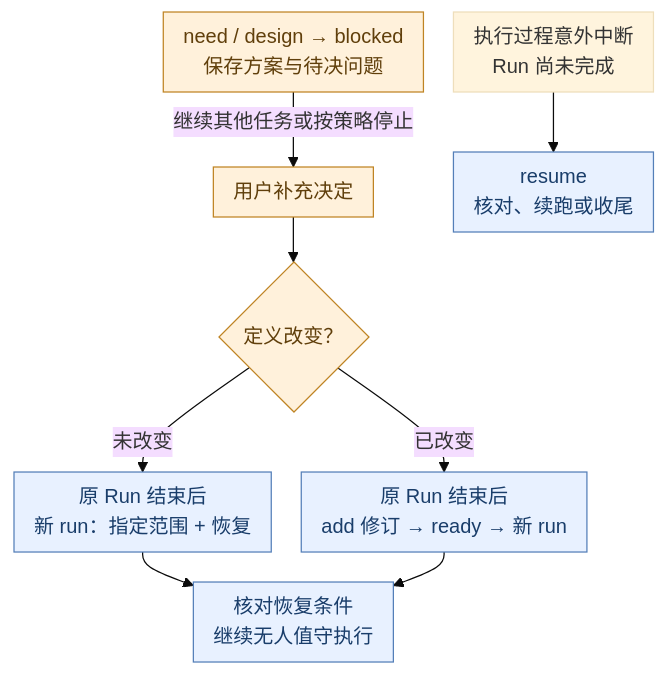
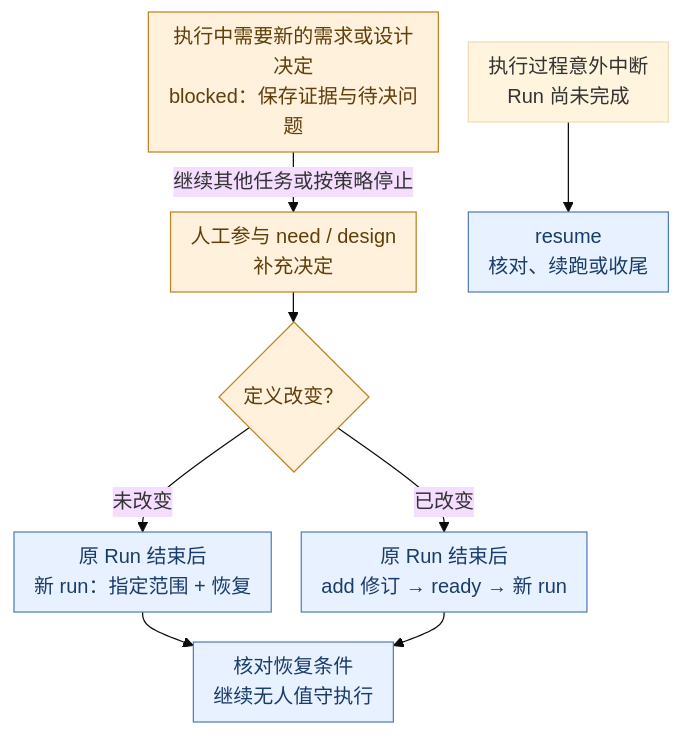
Before and after one commit to yuzio-ai/skills: the third of 4 diagrams in README.zh-CN.md, drawn with Mermaid (base theme). The commit also changed other lines of this file and 46 other files, not shown here.

````diff
--- a/README.zh-CN.md
+++ b/README.zh-CN.md
@@ -344,22 +276,22 @@
 ```mermaid
 ---
 config:
   flowchart:
     rankSpacing: 24
     nodeSpacing: 24
     padding: 8
 ---
 flowchart TB
-    B["need / design → blocked<br/>保存方案与待决问题"] -->|"继续其他任务或按策略停止"| H["用户补充决定"]
+    B["执行中需要新的需求或设计决定<br/>blocked：保存证据与待决问题"] -->|"继续其他任务或按策略停止"| H["人工参与 need / design<br/>补充决定"]
     H --> D{"定义改变？"}
     D -->|"未改变"| R["原 Run 结束后<br/>新 run：指定范围 + 恢复"]
     D -->|"已改变"| A["原 Run 结束后<br/>add 修订 → ready → 新 run"]
     R --> E["核对恢复条件<br/>继续无人值守执行"]
     A --> E
     I["执行过程意外中断<br/>Run 尚未完成"] --> S["resume<br/>核对、续跑或收尾"]
     class B,H,D human
     class R,A,E,S automatic
     classDef human fill:#fff1db,stroke:#bf8424,color:#603f0b
     classDef automatic fill:#e8f1ff,stroke:#547fb8,color:#193d6a
     classDef result fill:#e8f5ed,stroke:#57916c,color:#224c31
 ```
````
